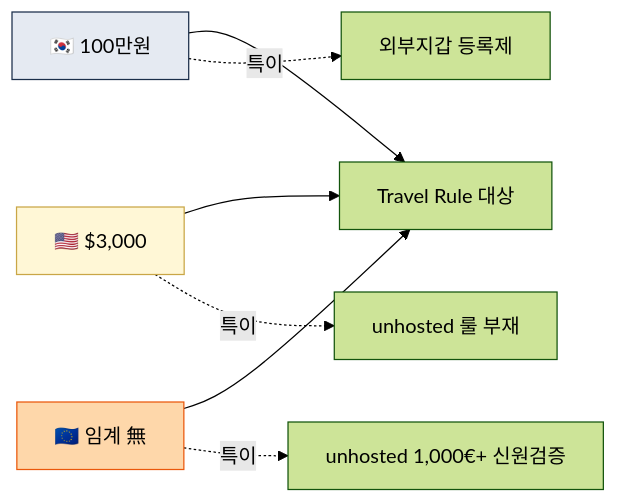
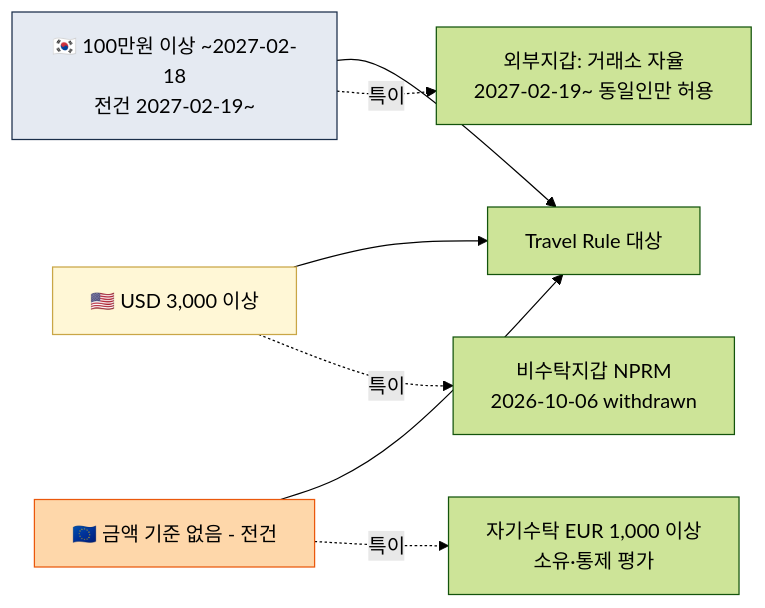
One commit to lala-david/aml-notes changed the first of 2 diagrams in curriculum/day_21.md. Above: the diagram before and after it, drawn with Mermaid (forest theme). The commit also changed other lines of this file and 233 other files, not shown here.

````diff
--- a/curriculum/day_21.md
+++ b/curriculum/day_21.md
@@ -13,10 +13,10 @@
 ```mermaid
 flowchart LR
-    KR["🇰🇷 100만원"] & US["🇺🇸 $3,000"] & EU["🇪🇺 임계 無"] --> TR["Travel Rule 대상"]
-    KR -.특이.-> UW["외부지갑 등록제"]
-    US -.특이.-> UM["unhosted 룰 부재"]
-    EU -.특이.-> UE["unhosted 1,000€+ 신원검증"]
+    KR["🇰🇷 100만원 이상 ~2027-02-18<br/>전건 2027-02-19~"] & US["🇺🇸 USD 3,000 이상"] & EU["🇪🇺 금액 기준 없음 - 전건"] --> TR["Travel Rule 대상"]
+    KR -.특이.-> UW["외부지갑: 거래소 자율<br/>2027-02-19~ 동일인만 허용"]
+    US -.특이.-> UM["비수탁지갑 NPRM<br/>2026-10-06 withdrawn"]
+    EU -.특이.-> UE["자기수탁 EUR 1,000 이상<br/>소유·통제 평가"]
     style KR fill:#e5eaf2,stroke:#1a2e4a
     style US fill:#fff7d6,stroke:#c9a646
     style EU fill:#fed7aa,stroke:#ea580c
 ```
````
